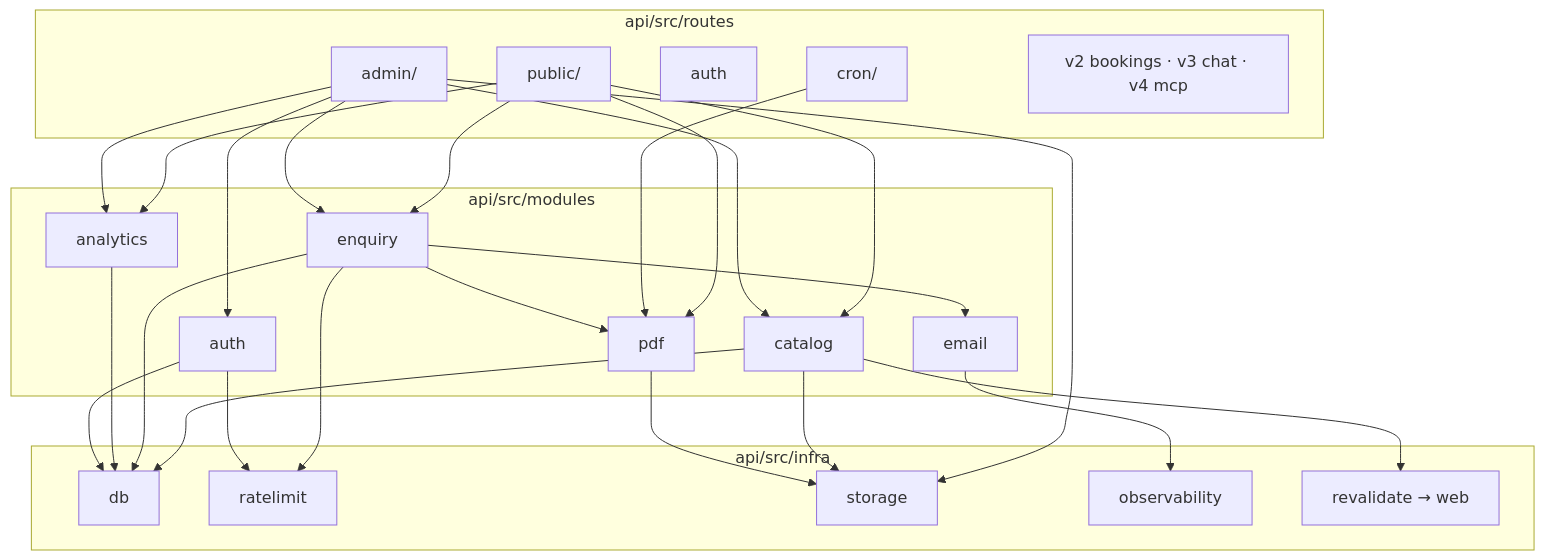
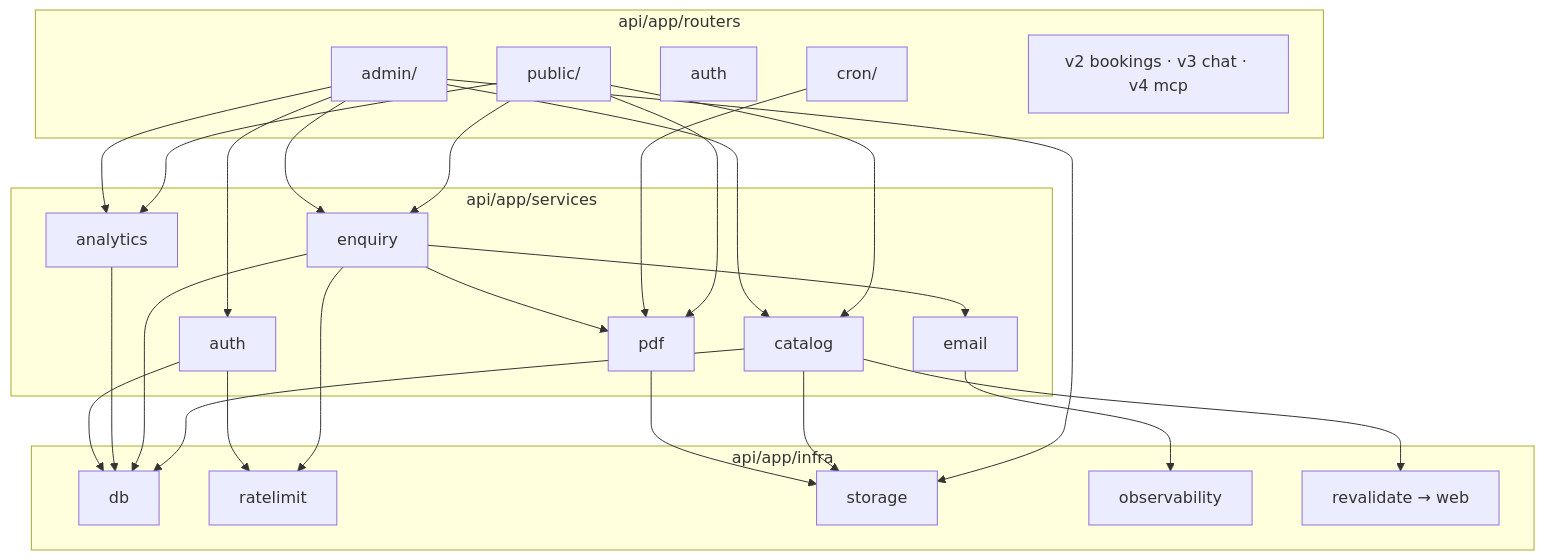
Before and after one commit to virajdomadia/tripsmith: the second of 3 diagrams in docs/05-architecture.md, drawn with Mermaid. The commit also changed other lines of this file and 7 other files, not shown here.

````diff
--- a/docs/05-architecture.md
+++ b/docs/05-architecture.md
@@ -89,18 +96,18 @@
 ```mermaid
 flowchart TB
-  subgraph ROUTES["api/src/routes"]
+  subgraph ROUTERS["api/app/routers"]
     PUB[public/] ; ADM[admin/] ; AUTHR[auth] ; CRON[cron/] ; LATER[v2 bookings · v3 chat · v4 mcp]
   end
-  subgraph MODULES["api/src/modules"]
+  subgraph SERVICES["api/app/services"]
     CAT[catalog] ; ENQ[enquiry] ; PDF[pdf] ; MAIL[email] ; AUTH[auth] ; ANA[analytics]
   end
-  subgraph INFRA["api/src/infra"]
+  subgraph INFRA["api/app/infra"]
     DB[db] ; RL[ratelimit] ; ST[storage] ; OBS[observability] ; REV[revalidate → web]
   end
   PUB --> CAT & ENQ & PDF & ANA
   ADM --> CAT & ENQ & ANA & ST & AUTH
   CRON --> PDF
   ENQ --> MAIL & PDF & RL
   CAT --> DB & ST & REV
   ENQ --> DB ; PDF --> ST ; ANA --> DB ; AUTH --> DB & RL ; MAIL --> OBS
 ```
````
